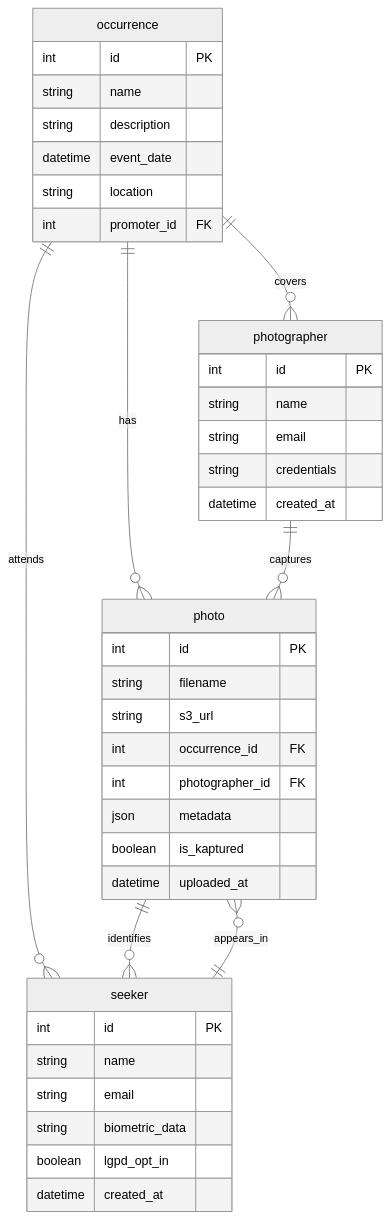
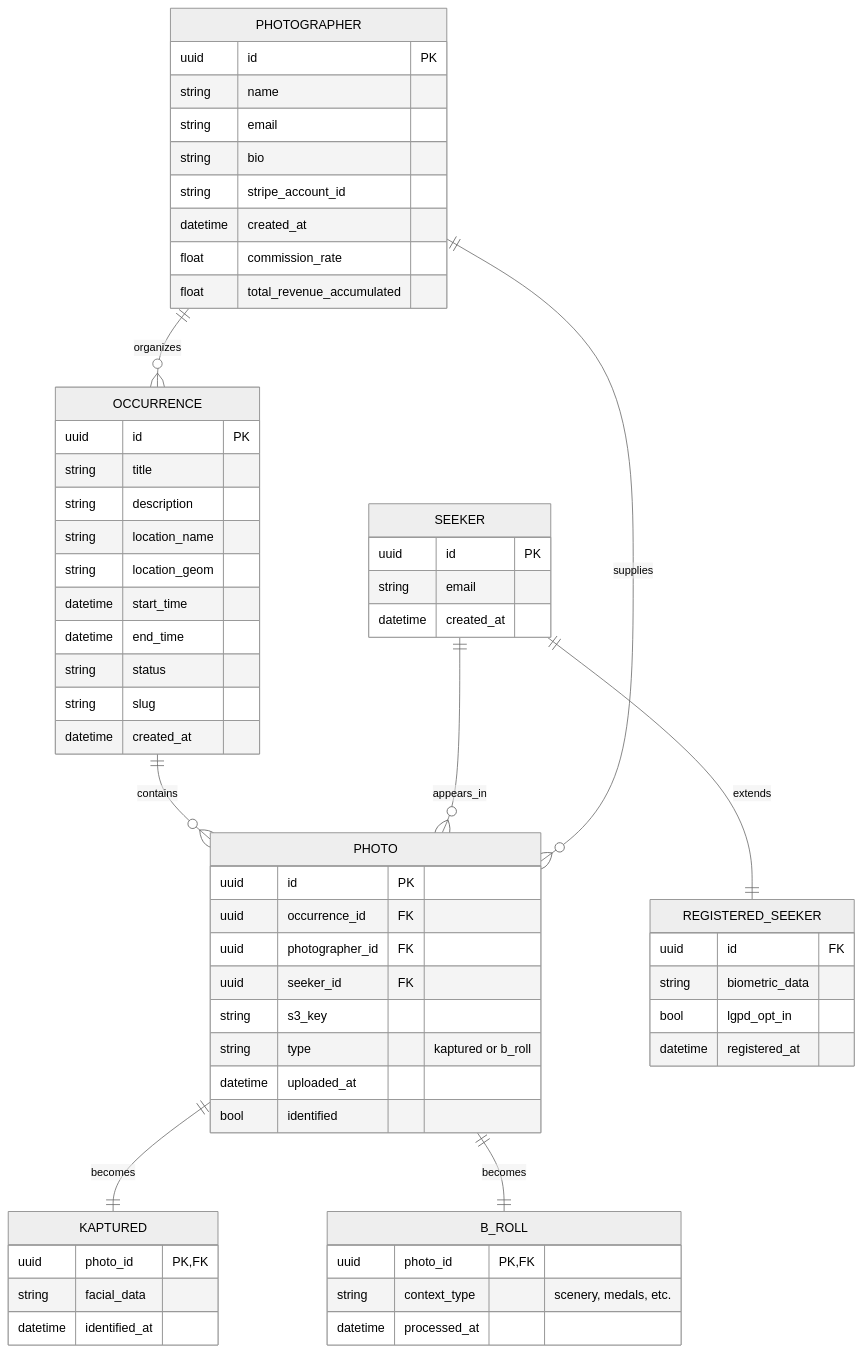
Before and after one commit to Kapt-tech/kapt: the second of 3 diagrams in docs/specification/tech-system-design.md, drawn with Mermaid (neutral theme). The commit also changed other lines of this file, not shown here.

Commit message:
docs: update Kapt system design & architecture specification

````diff
--- a/docs/specification/tech-system-design.md
+++ b/docs/specification/tech-system-design.md
@@ -50,42 +49,70 @@
 ```mermaid
 erDiagram
-    occurrence ||--o{ photo : "has"
-    occurrence ||--o{ seeker : "attends"
-    occurrence ||--o{ photographer : "covers"
-    seeker ||--o{ photo : "appears_in"
-    photographer ||--o{ photo : "captures"
-    photo ||--o{ seeker : "identifies"
-    seeker {
-        int id PK
+    OCCURRENCE ||--o{ PHOTO : contains
+    PHOTOGRAPHER ||--o{ OCCURRENCE : organizes
+    SEEKER ||--o{ PHOTO : appears_in
+    PHOTOGRAPHER ||--o{ PHOTO : supplies
+    SEEKER ||--|| REGISTERED_SEEKER : extends
+    PHOTO ||--|| KAPTURED : becomes
+    PHOTO ||--|| B_ROLL : becomes
+
+    OCCURRENCE {
+        uuid id PK
+        string title
+        string description
+        string location_name
+        string location_geom
+        datetime start_time
+        datetime end_time
+        string status
+        string slug
+        datetime created_at
+    }
+
+    SEEKER {
+        uuid id PK
+        string email
+        datetime created_at
+    }
+
+    REGISTERED_SEEKER {
+        uuid id FK
+        string biometric_data
+        bool lgpd_opt_in
+        datetime registered_at
+    }
+
+    PHOTOGRAPHER {
+        uuid id PK
         string name
         string email
-        string biometric_data
-        boolean lgpd_opt_in
+        string bio
+        string stripe_account_id
         datetime created_at
+        float commission_rate
+        float total_revenue_accumulated
     }
-    occurrence {
-        int id PK
-        string name
-        string description
-        datetime event_date
-        string location
-        int promoter_id FK
+
+    PHOTO {
+        uuid id PK
+        uuid occurrence_id FK
+        uuid photographer_id FK
+        uuid seeker_id FK
+        string s3_key
+        string type "kaptured or b_roll"
+        datetime uploaded_at
+        bool identified
     }
-    photographer {
-        int id PK
-        string name
-        string email
-        string credentials
-        datetime created_at
+
+    KAPTURED {
+        uuid photo_id PK,FK
+        string facial_data
+        datetime identified_at
     }
-    photo {
-        int id PK
-        string filename
-        string s3_url
-        int occurrence_id FK
-        int photographer_id FK
-        json metadata
-        boolean is_kaptured
-        datetime uploaded_at
+
+    B_ROLL {
+        uuid photo_id PK,FK
+        string context_type "scenery, medals, etc."
+        datetime processed_at
     }
 ```
````
